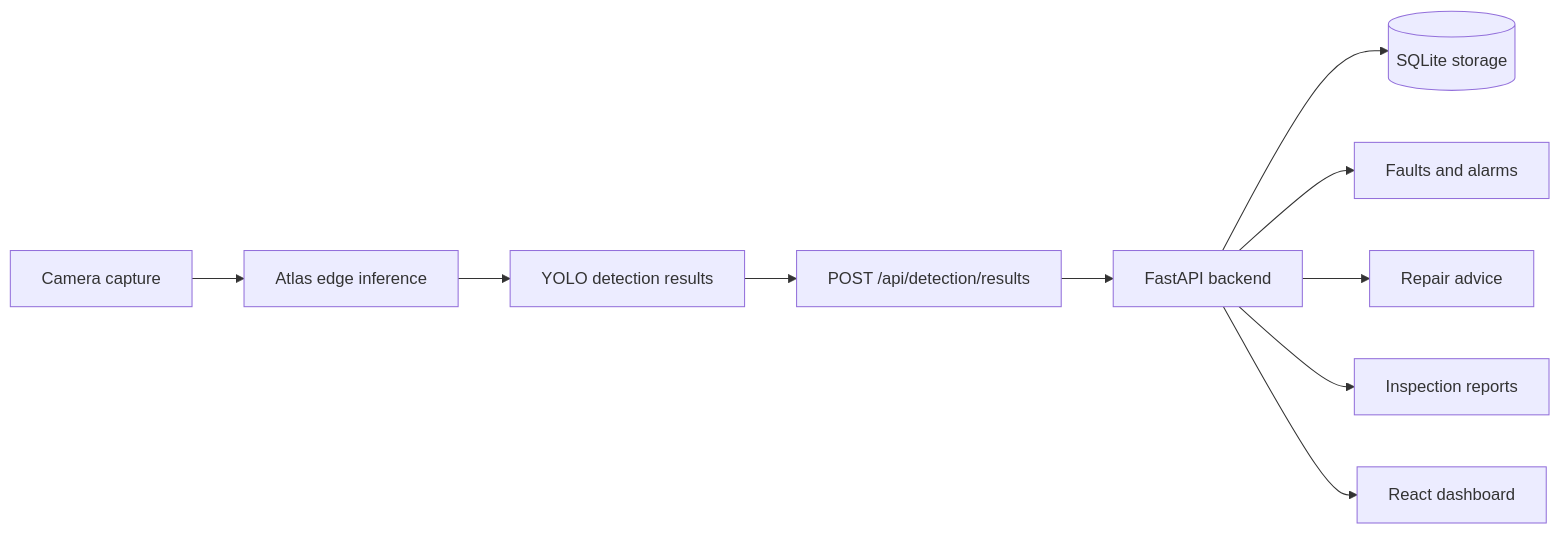
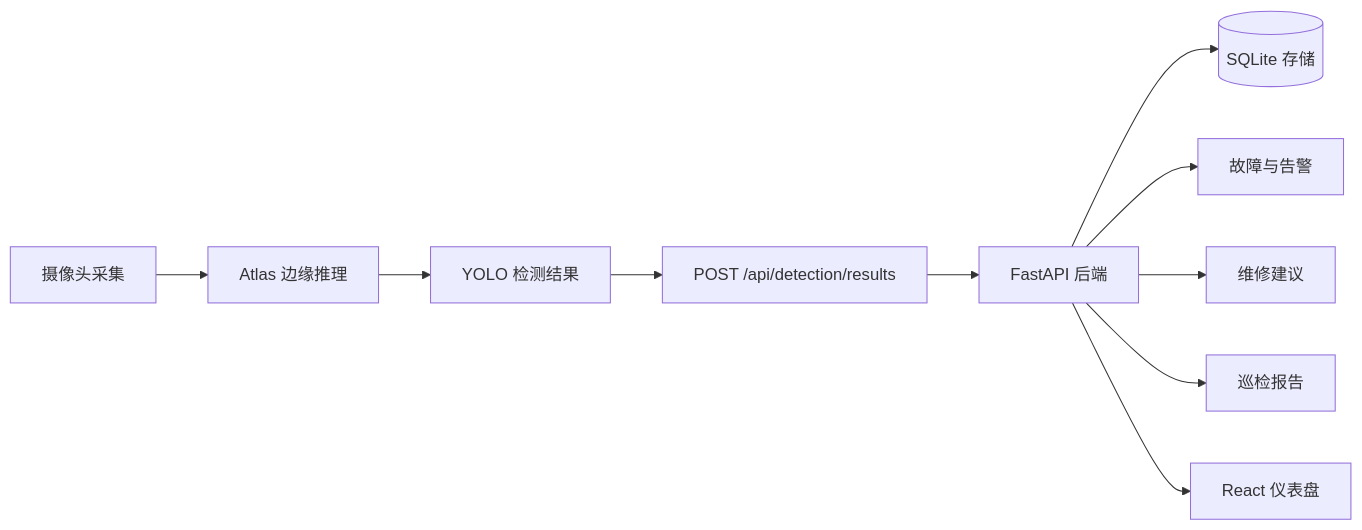
Before and after one commit to L-1ngg/EdgeEye: the diagram in README.md, drawn with Mermaid. The commit also changed other lines of this file and 2 other files, not shown here.

````diff
--- a/README.md
+++ b/README.md
@@ -48,12 +48,12 @@
 ```mermaid
 flowchart LR
-    Camera[Camera capture] --> Atlas[Atlas edge inference]
-    Atlas --> Model[YOLO detection results]
+    Camera[摄像头采集] --> Atlas[Atlas 边缘推理]
+    Atlas --> Model[YOLO 检测结果]
     Model --> Upload[POST /api/detection/results]
-    Upload --> API[FastAPI backend]
-    API --> Store[(SQLite storage)]
-    API --> Faults[Faults and alarms]
-    API --> Advice[Repair advice]
-    API --> Reports[Inspection reports]
-    API --> Web[React dashboard]
+    Upload --> API[FastAPI 后端]
+    API --> Store[(SQLite 存储)]
+    API --> Faults[故障与告警]
+    API --> Advice[维修建议]
+    API --> Reports[巡检报告]
+    API --> Web[React 仪表盘]
 ```
````
